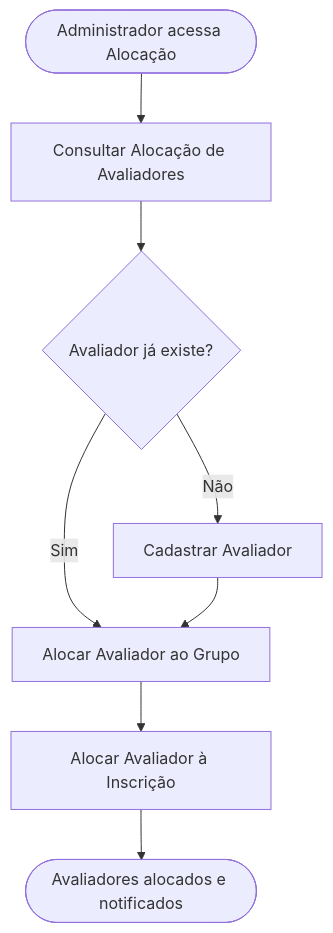
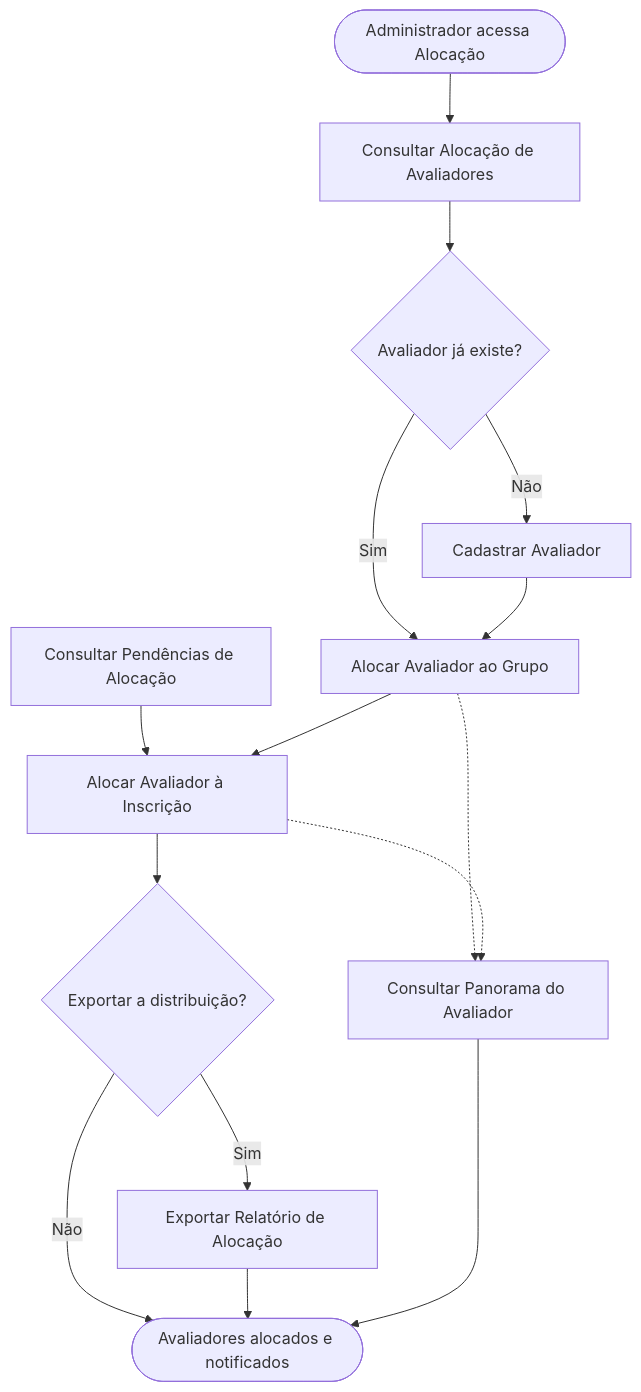
One commit to andromarcio/phl-premio-iel changed the diagram in modules/avaliacao/alocacao/README.md. Above: the diagram before and after it, drawn with Mermaid. The commit also changed other lines of this file and 27 other files, not shown here.

````diff
--- a/modules/avaliacao/alocacao/README.md
+++ b/modules/avaliacao/alocacao/README.md
@@ -29,10 +29,17 @@
 ```mermaid
 flowchart TD
     A(["Administrador acessa Alocação"]) --> B["Consultar Alocação de Avaliadores"]
     B --> C{"Avaliador já existe?"}
     C -->|Não| D["Cadastrar Avaliador"]
     C -->|Sim| E["Alocar Avaliador ao Grupo"]
     D --> E
+    P["Consultar Pendências de Alocação"] --> F
     E --> F["Alocar Avaliador à Inscrição"]
-    F --> Z(["Avaliadores alocados e notificados"])
+    E -.-> Q["Consultar Panorama do Avaliador"]
+    F -.-> Q
+    F --> X{"Exportar a distribuição?"}
+    X -->|Sim| R["Exportar Relatório de Alocação"]
+    X -->|Não| Z(["Avaliadores alocados e notificados"])
+    R --> Z
+    Q --> Z
 ```
````
